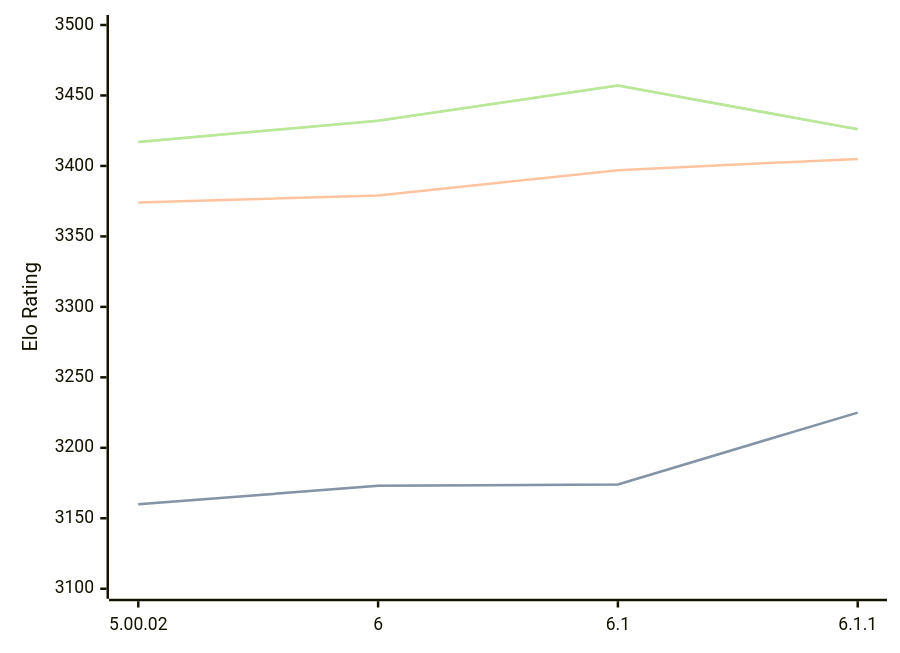
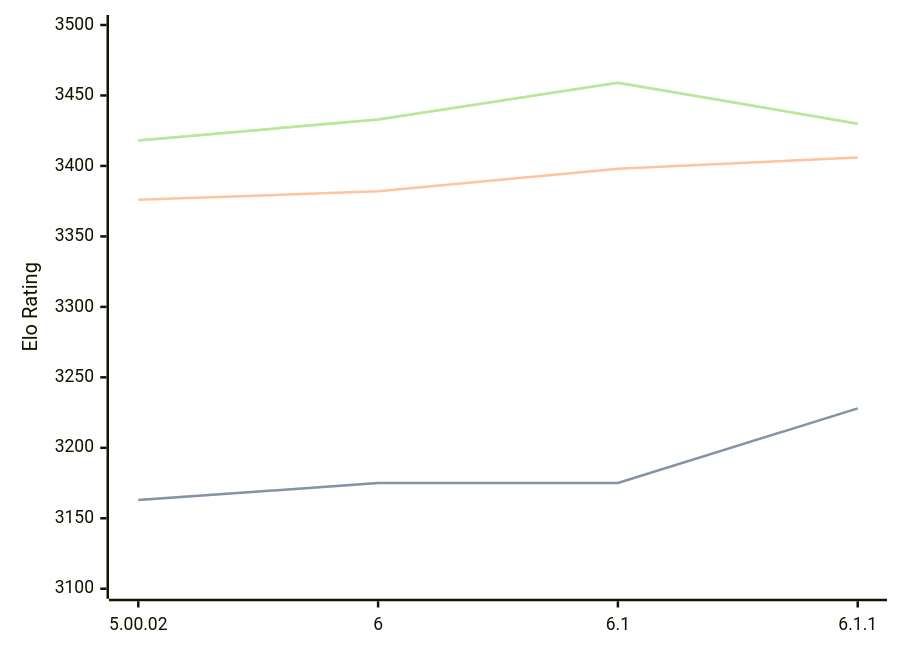
Before and after one commit to computer-chess-index/cci: the diagram in engines/Zangdar.md, drawn with Mermaid. The commit also changed other lines of this file, not shown here.

Commit message:
Update CCI Ratings (ELO VLTC) - 2026-04-11

````diff
--- a/engines/Zangdar.md
+++ b/engines/Zangdar.md
@@ -46,11 +46,11 @@
 ```mermaid
 %%{init: {"theme":"base","themeVariables":{"seriesColors:['#a3a3a3','#222221','#faa371']}}}%%
 xychart-beta
   x-axis ["5.00.02", "6", "6.1", "6.1.1"]
   y-axis "Elo Rating" 3100 --> 3500
-  line "STC (8.0+0.08s)" [3160, 3173, 3174, 3225]
-  line "STC (8.0+0.08s)" [3160, 3173, 3174, 3225]
-  line "LTC (60.0+0.60s)" [3374, 3379, 3397, 3405]
-  line "VLTC (2m24s+1.12s)" [3417, 3432, 3457, 3426]
-  line "VLTC (2m24s+1.12s)" [3417, 3432, 3457, 3426]
+  line "STC (8.0+0.08s)" [3163, 3175, 3175, 3228]
+  line "STC (8.0+0.08s)" [3163, 3175, 3175, 3228]
+  line "LTC (60.0+0.60s)" [3376, 3382, 3398, 3406]
+  line "VLTC (2m24s+1.12s)" [3418, 3433, 3459, 3430]
+  line "VLTC (2m24s+1.12s)" [3418, 3433, 3459, 3430]
 ```
````
